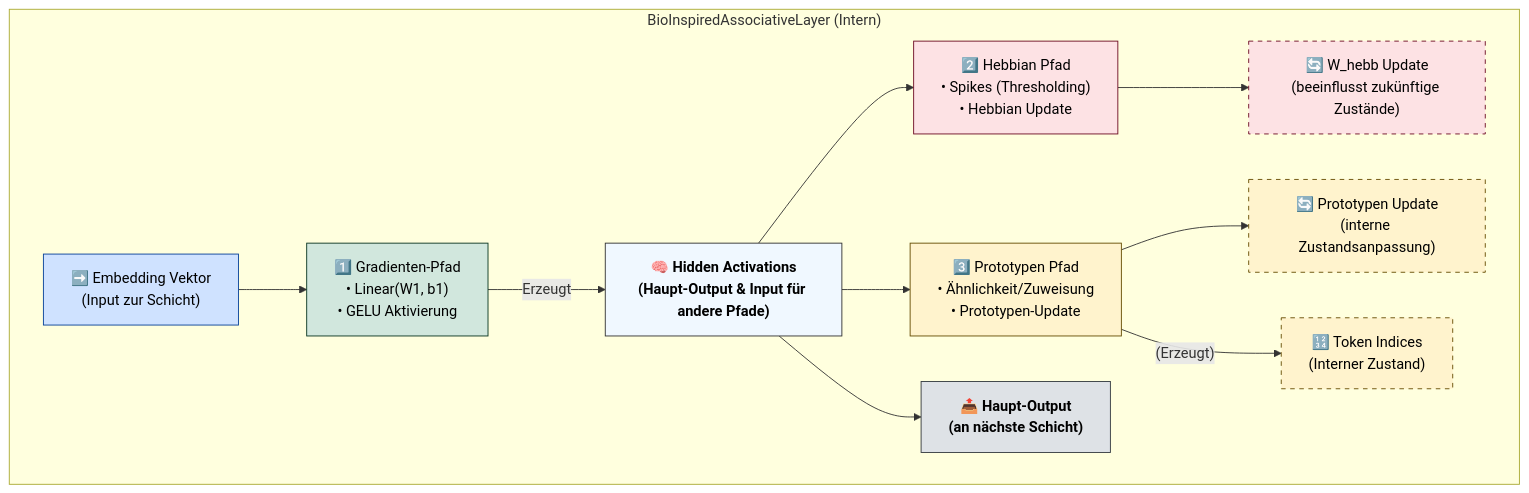
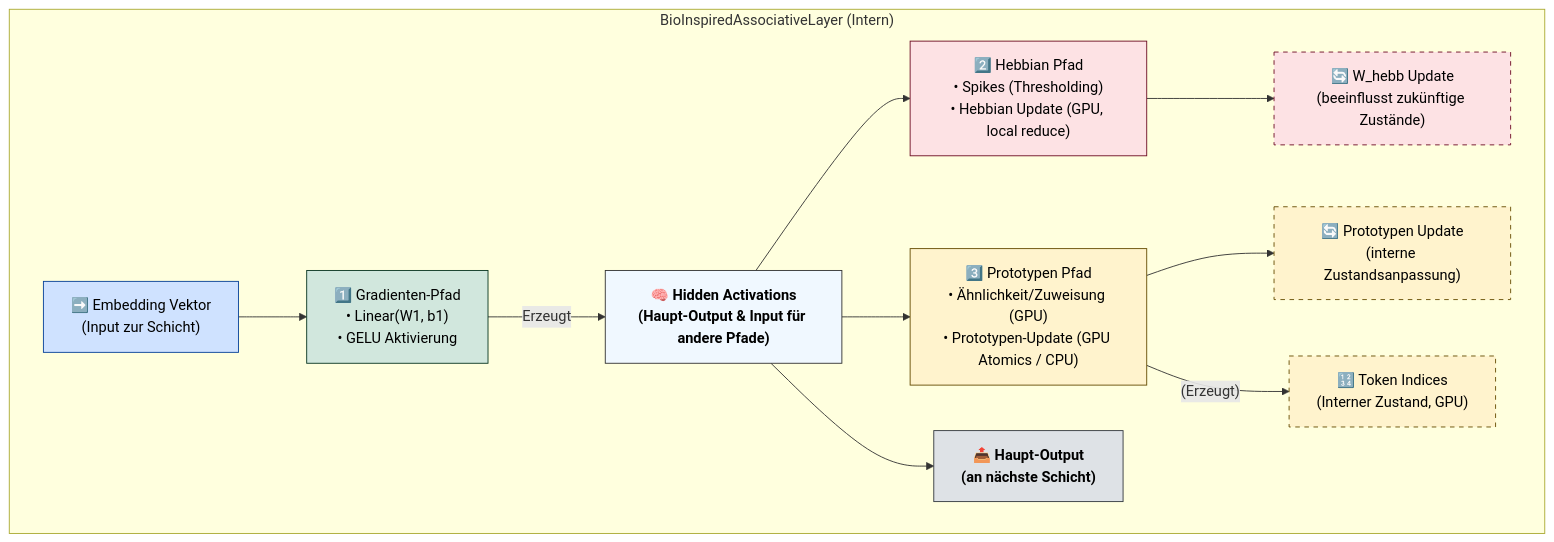
The second of 2 diagrams in README.md (CipherCorePro/DeepCL), drawn with Mermaid before and after one commit. The commit also changed other lines of this file, not shown here.

````diff
--- a/README.md
+++ b/README.md
@@ -146,33 +158,33 @@
 ```mermaid
 graph TD
     subgraph "BioInspiredAssociativeLayer (Intern)"
         Input["➡️ Embedding Vektor<br/>(Input zur Schicht)"]
 
         Input --> GradPath["1️⃣ Gradienten-Pfad<br/>• Linear(W1, b1)<br/>• GELU Aktivierung"]
 
         %% Das Ergebnis des Gradienten-Pfads ist der zentrale Punkt
         GradPath -- "Erzeugt" --> HiddenAct["🧠 Hidden Activations<br/>(Haupt-Output & Input für andere Pfade)"]
 
         %% Die anderen Pfade nutzen die Hidden Activations
-        HiddenAct --> HebbPath["2️⃣ Hebbian Pfad<br/>• Spikes (Thresholding)<br/>• Hebbian Update"]
+        HiddenAct --> HebbPath["2️⃣ Hebbian Pfad<br/>• Spikes (Thresholding)<br/>• Hebbian Update (GPU, local reduce)"]
         HebbPath --> WhebbUpdate["🔄 W_hebb Update<br/>(beeinflusst zukünftige Zustände)"]
 
-        HiddenAct --> ProtoPath["3️⃣ Prototypen Pfad<br/>• Ähnlichkeit/Zuweisung<br/>• Prototypen-Update"]
+        HiddenAct --> ProtoPath["3️⃣ Prototypen Pfad<br/>• Ähnlichkeit/Zuweisung (GPU)<br/>• Prototypen-Update (GPU Atomics / CPU)"]
         ProtoPath --> ProtoUpdate["🔄 Prototypen Update<br/>(interne Zustandsanpassung)"]
-        ProtoPath -- "(Erzeugt)" --> TokenIndices["🔢 Token Indices<br/>(Interner Zustand)"]
+        ProtoPath -- "(Erzeugt)" --> TokenIndices["🔢 Token Indices<br/>(Interner Zustand, GPU)"]
 
         %% Der Haupt-Output an die nächste Schicht
         HiddenAct --> Output["📤 Haupt-Output<br/>(an nächste Schicht)"]
     end
 
     %% Styling - Jetzt mit expliziter schwarzer Schrift (color:#000) für alle
     style Input fill:#cfe2ff,stroke:#084298,color:#000
     style GradPath fill:#d1e7dd,stroke:#0a3622,color:#000
     style HiddenAct fill:#f0f8ff,stroke:#333,font-weight:bold,color:#000
     style HebbPath fill:#fde2e4,stroke:#6e0d25,color:#000
     style WhebbUpdate fill:#fde2e4,stroke:#6e0d25,stroke-dasharray: 5 5,color:#000
     style ProtoPath fill:#fff3cd,stroke:#664d03,color:#000
     style ProtoUpdate fill:#fff3cd,stroke:#664d03,stroke-dasharray: 5 5,color:#000
     style TokenIndices fill:#fff3cd,stroke:#664d03,stroke-dasharray: 5 5,color:#000
     style Output fill:#dee2e6,stroke:#343a40,font-weight:bold,color:#000
 ```
````
